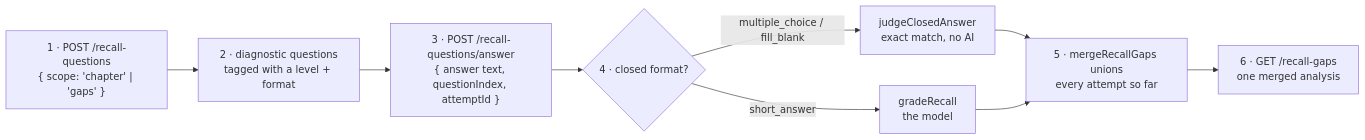
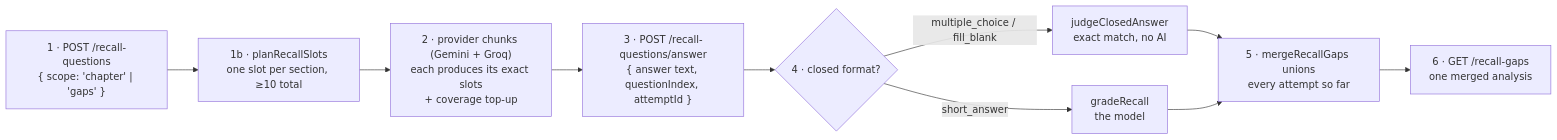
Before and after one commit to redwivision/Kiftet: the ninth of 16 diagrams in docs/howItWorks/dataflow.md, drawn with Mermaid. The commit also changed other lines of this file and 16 other files, not shown here.

Commit message:
feat(study): recall sweeps the whole chapter — one question per lesson, split across Gemini and Groq

````diff
--- a/docs/howItWorks/dataflow.md
+++ b/docs/howItWorks/dataflow.md
@@ -396,11 +408,12 @@
 ```mermaid
 flowchart LR
-  A["1 · POST /recall-questions<br/>{ scope: 'chapter' | 'gaps' }"] --> B["2 · diagnostic questions<br/>tagged with a level + format"]
+  A["1 · POST /recall-questions<br/>{ scope: 'chapter' | 'gaps' }"] --> P["1b · planRecallSlots<br/>one slot per section, ≥10 total"]
+  P --> B["2 · provider chunks (Gemini + Groq)<br/>each produces its exact slots<br/>+ coverage top-up"]
   B --> C["3 · POST /recall-questions/answer<br/>{ answer text, questionIndex, attemptId }"]
   C --> D{"4 · closed format?"}
   D -->|"multiple_choice / fill_blank"| E["judgeClosedAnswer<br/>exact match, no AI"]
   D -->|"short_answer"| F["gradeRecall<br/>the model"]
   E --> G
   F --> G["5 · mergeRecallGaps unions<br/>every attempt so far"]
   G --> H["6 · GET /recall-gaps<br/>one merged analysis"]
 ```
````
